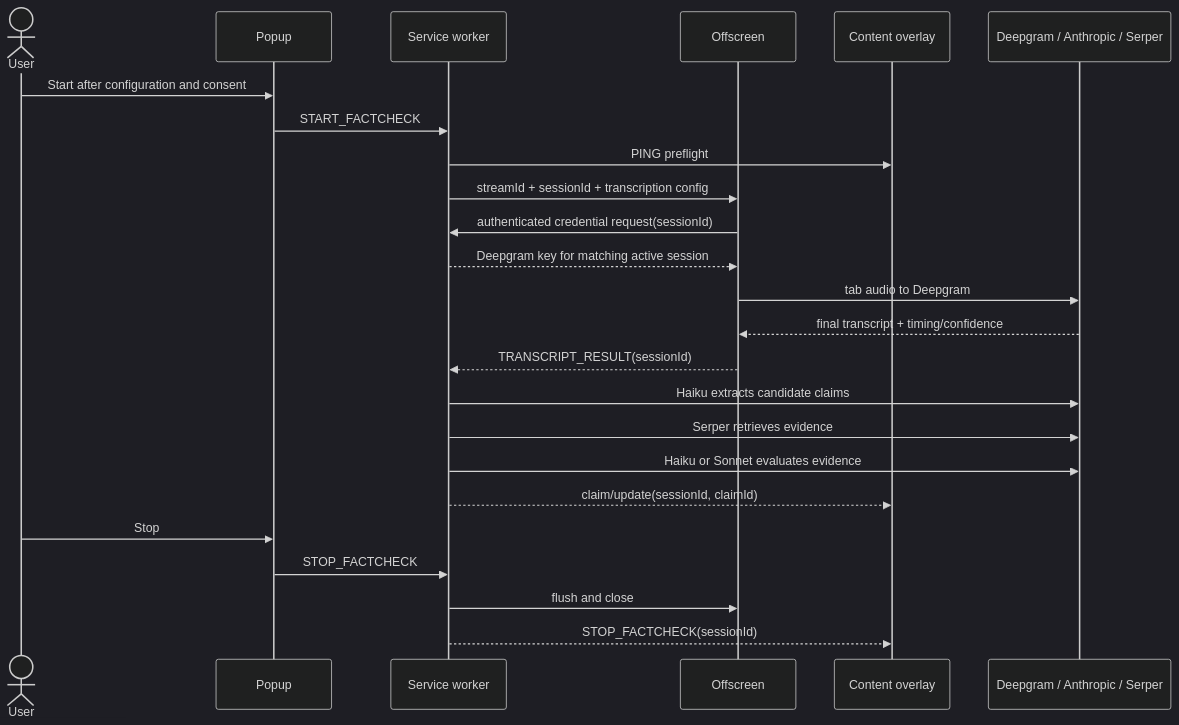
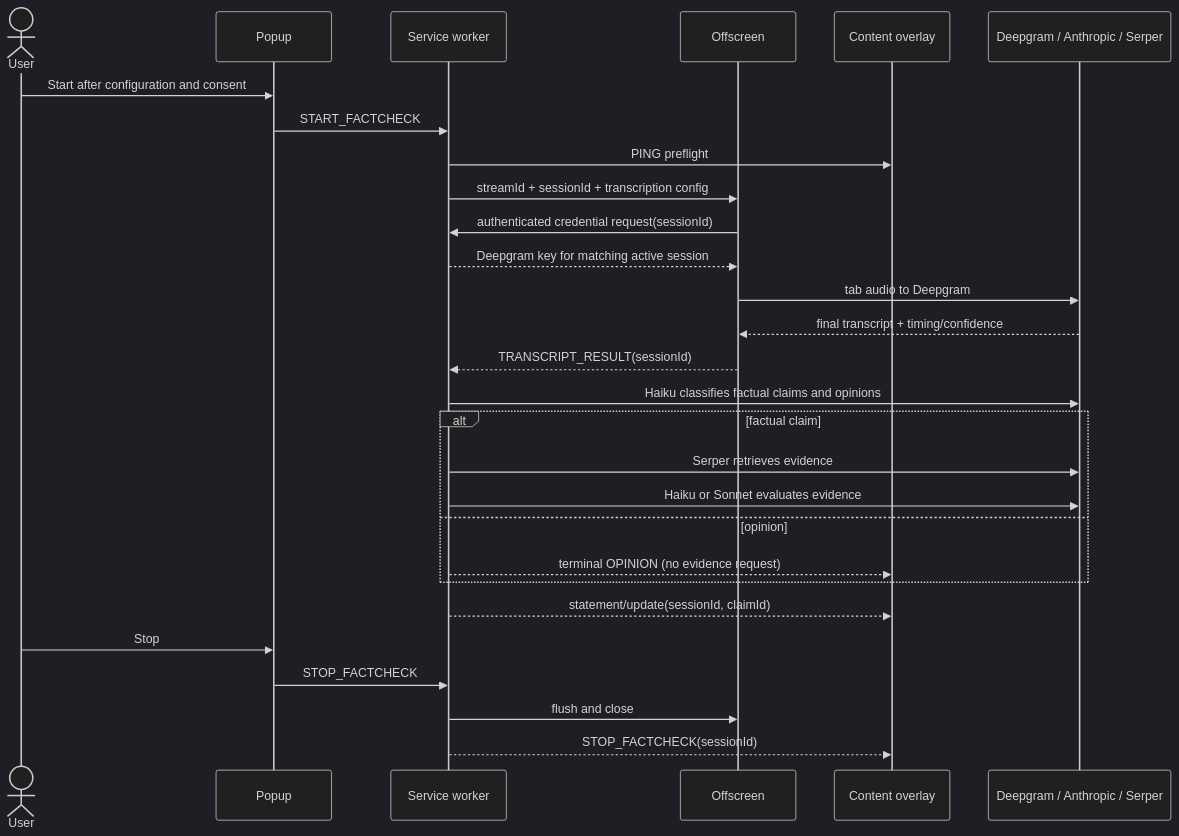
The diagram in docs/ARCHITECTURE.md (chrimatte/intruth-factcheck), drawn with Mermaid (dark theme) before and after one commit. The commit also changed other lines of this file and 16 other files, not shown here.

````diff
--- a/docs/ARCHITECTURE.md
+++ b/docs/ARCHITECTURE.md
@@ -5,27 +5,31 @@
 ```mermaid
 sequenceDiagram
   actor User
   participant Popup
   participant Worker as Service worker
   participant Offscreen
   participant Page as Content overlay
   participant Providers as Deepgram / Anthropic / Serper
 
   User->>Popup: Start after configuration and consent
   Popup->>Worker: START_FACTCHECK
   Worker->>Page: PING preflight
   Worker->>Offscreen: streamId + sessionId + transcription config
   Offscreen->>Worker: authenticated credential request(sessionId)
   Worker-->>Offscreen: Deepgram key for matching active session
   Offscreen->>Providers: tab audio to Deepgram
   Providers-->>Offscreen: final transcript + timing/confidence
   Offscreen-->>Worker: TRANSCRIPT_RESULT(sessionId)
-  Worker->>Providers: Haiku extracts candidate claims
-  Worker->>Providers: Serper retrieves evidence
-  Worker->>Providers: Haiku or Sonnet evaluates evidence
-  Worker-->>Page: claim/update(sessionId, claimId)
+  Worker->>Providers: Haiku classifies factual claims and opinions
+  alt factual claim
+    Worker->>Providers: Serper retrieves evidence
+    Worker->>Providers: Haiku or Sonnet evaluates evidence
+  else opinion
+    Worker-->>Page: terminal OPINION (no evidence request)
+  end
+  Worker-->>Page: statement/update(sessionId, claimId)
   User->>Popup: Stop
   Popup->>Worker: STOP_FACTCHECK
   Worker->>Offscreen: flush and close
   Worker-->>Page: STOP_FACTCHECK(sessionId)
 ```
````
